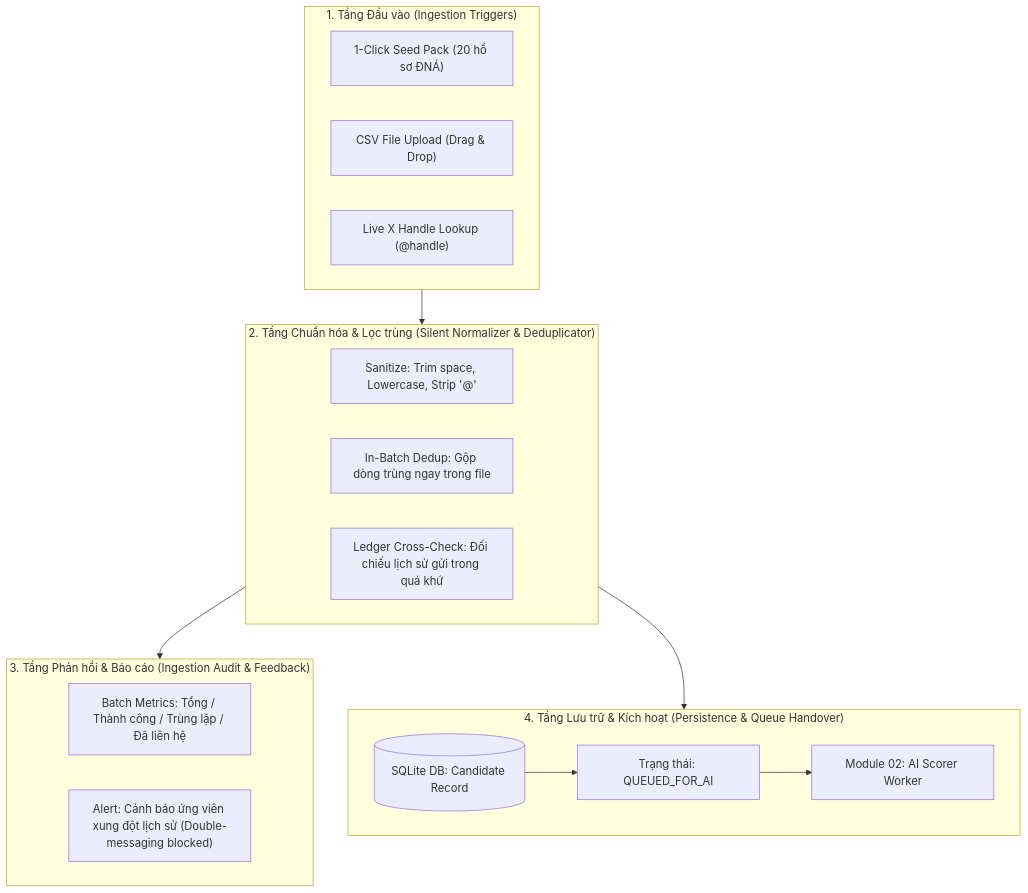
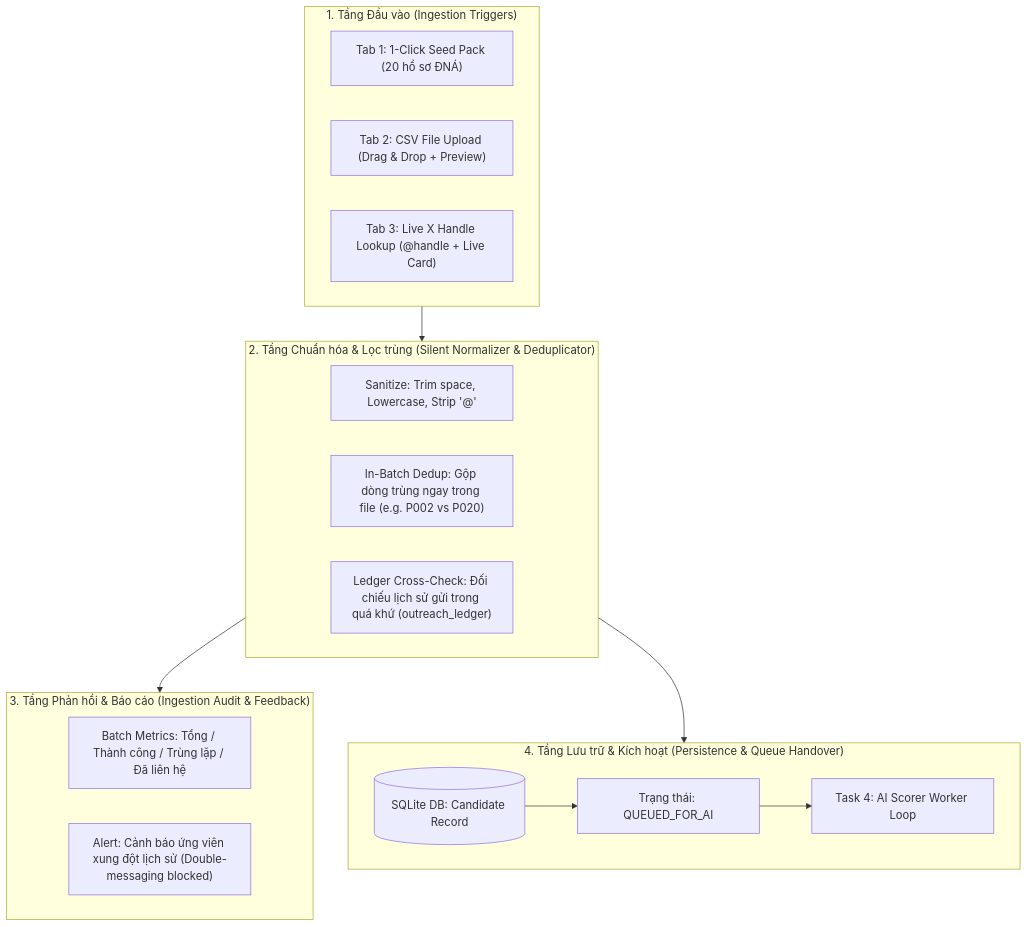
The first of 2 diagrams in context/features/01-data-pack-and-ingestion.md (ngotiendat3455/Assignment-FDE), drawn with Mermaid before and after one commit. The commit also changed other lines of this file and 4 other files, not shown here.

````diff
--- a/context/features/01-data-pack-and-ingestion.md
+++ b/context/features/01-data-pack-and-ingestion.md
@@ -45,30 +45,30 @@
 ```mermaid
 graph TD
     subgraph Layer1["1. Tầng Đầu vào (Ingestion Triggers)"]
-        A1["1-Click Seed Pack (20 hồ sơ ĐNÁ)"]
-        A2["CSV File Upload (Drag & Drop)"]
-        A3["Live X Handle Lookup (@handle)"]
+        A1["Tab 1: 1-Click Seed Pack (20 hồ sơ ĐNÁ)"]
+        A2["Tab 2: CSV File Upload (Drag & Drop + Preview)"]
+        A3["Tab 3: Live X Handle Lookup (@handle + Live Card)"]
     end
 
     subgraph Layer2["2. Tầng Chuẩn hóa & Lọc trùng (Silent Normalizer & Deduplicator)"]
         B1["Sanitize: Trim space, Lowercase, Strip '@'"]
-        B2["In-Batch Dedup: Gộp dòng trùng ngay trong file"]
-        B3["Ledger Cross-Check: Đối chiếu lịch sử gửi trong quá khứ"]
+        B2["In-Batch Dedup: Gộp dòng trùng ngay trong file (e.g. P002 vs P020)"]
+        B3["Ledger Cross-Check: Đối chiếu lịch sử gửi trong quá khứ (outreach_ledger)"]
     end
 
     subgraph Layer3["3. Tầng Phản hồi & Báo cáo (Ingestion Audit & Feedback)"]
         C1["Batch Metrics: Tổng / Thành công / Trùng lặp / Đã liên hệ"]
         C2["Alert: Cảnh báo ứng viên xung đột lịch sử (Double-messaging blocked)"]
     end
 
     subgraph Layer4["4. Tầng Lưu trữ & Kích hoạt (Persistence & Queue Handover)"]
         D1[("SQLite DB: Candidate Record")]
         D2["Trạng thái: QUEUED_FOR_AI"]
-        D3["Module 02: AI Scorer Worker"]
+        D3["Task 4: AI Scorer Worker Loop"]
     end
 
     Layer1 --> Layer2
     Layer2 --> Layer3
     Layer2 --> Layer4
     D1 --> D2 --> D3
 ```
````
